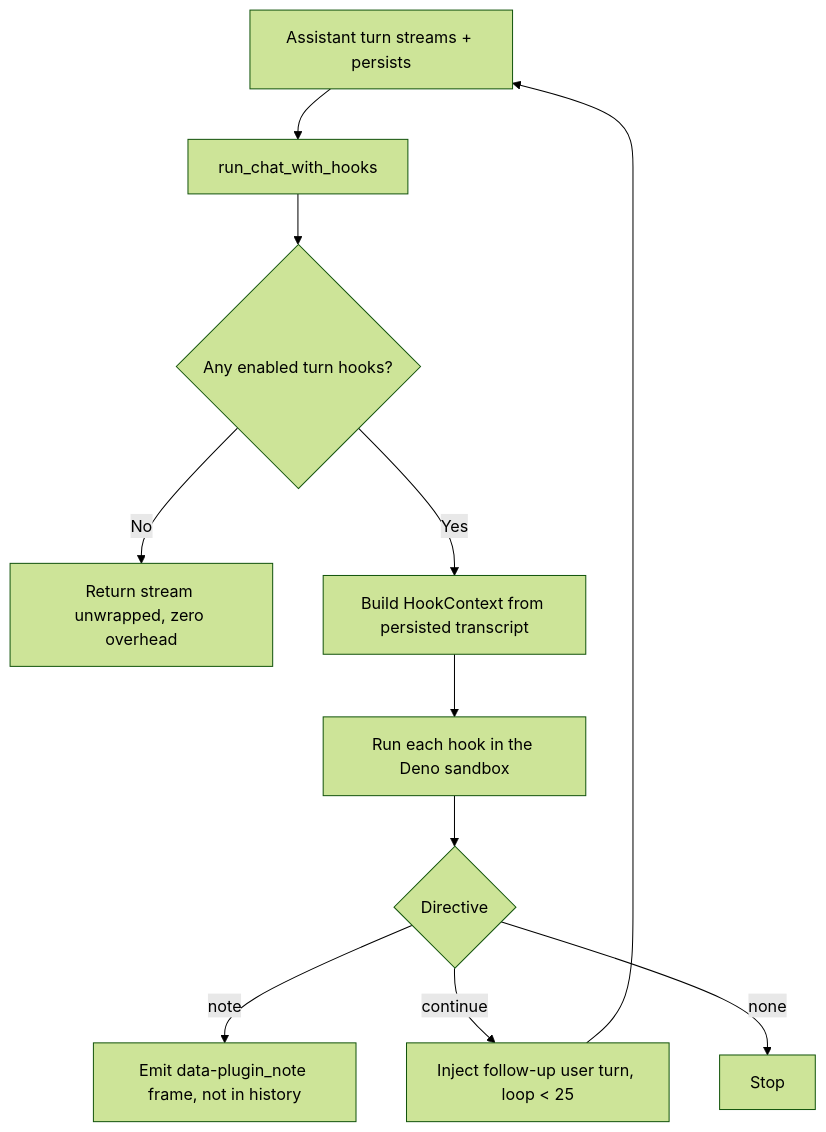
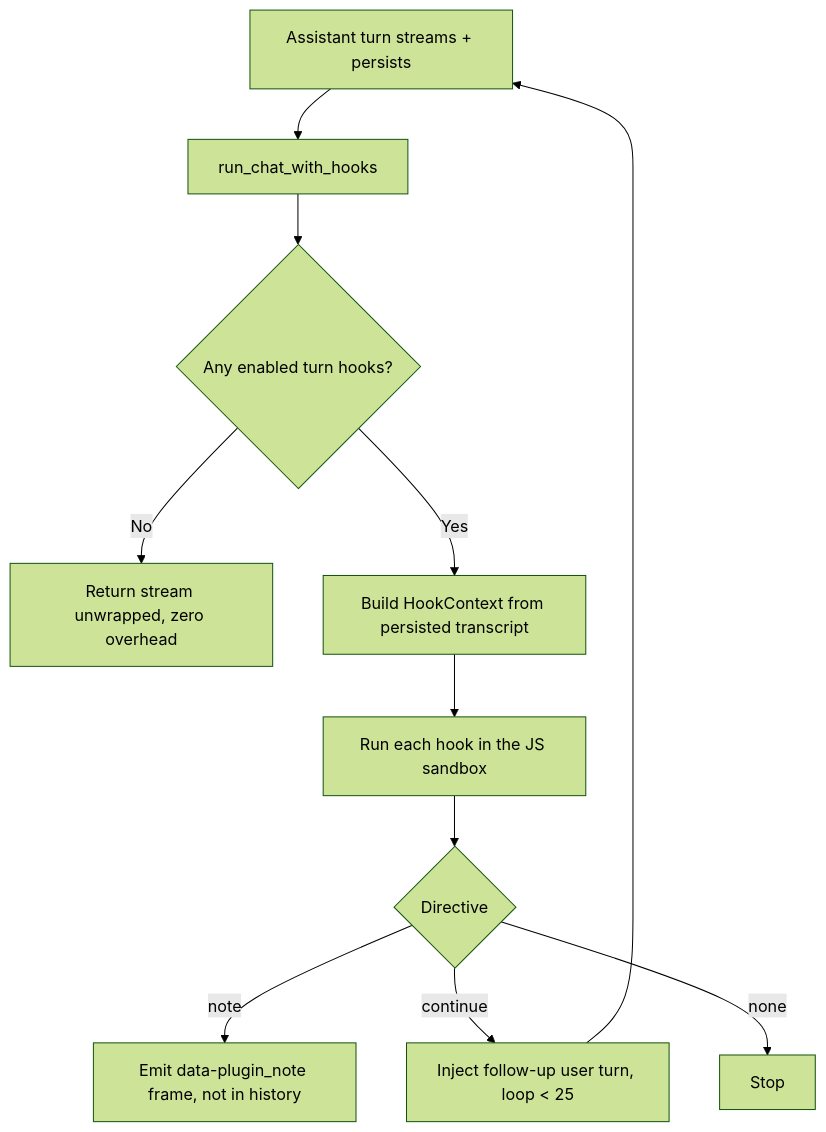
Before and after one commit to amajorai/ryu-docs: the diagram in content/docs/extend/develop/extensions/plugin-runtime.mdx, drawn with Mermaid (forest theme). The commit also changed other lines of this file and 2538 other files, not shown here.

````diff
--- a/content/docs/extend/develop/extensions/plugin-runtime.mdx
+++ b/content/docs/extend/develop/extensions/plugin-runtime.mdx
@@ -209,13 +212,13 @@
 ```mermaid
 flowchart TD
   A[Assistant turn streams + persists] --> B[run_chat_with_hooks]
   B --> C{Any enabled turn hooks?}
   C -->|No| Z[Return stream unwrapped, zero overhead]
   C -->|Yes| D[Build HookContext from persisted transcript]
-  D --> E[Run each hook in the Deno sandbox]
+  D --> E[Run each hook in the JS sandbox]
   E --> F{Directive}
   F -->|note| G[Emit data-plugin_note frame, not in history]
   F -->|continue| H[Inject follow-up user turn, loop &lt; 25]
   F -->|none| Z2[Stop]
   H --> A
 ```
````
